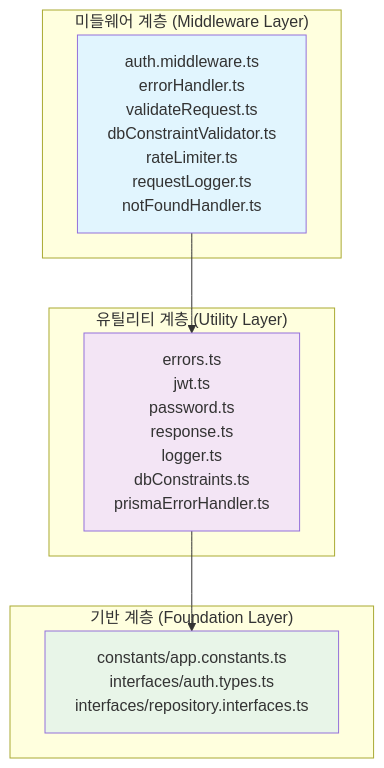
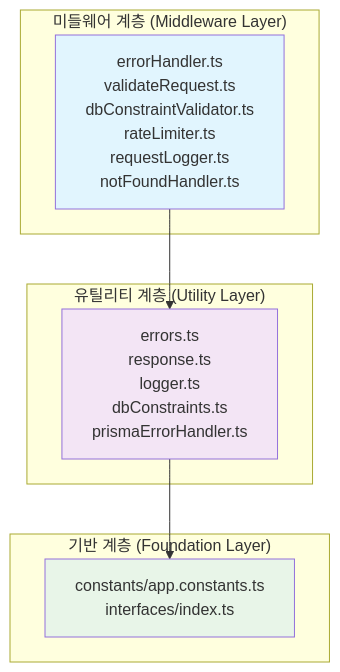
One commit to SeonWoooPark/ProjectManager_Mono changed the first of 5 diagrams in backend/src/shared/claude.md. Above: the diagram before and after it, drawn with Mermaid. The commit also changed 12 other files, not shown here.

````diff
--- a/backend/src/shared/claude.md
+++ b/backend/src/shared/claude.md
@@ -89,21 +86,21 @@
 ```mermaid
 graph TB
     subgraph "미들웨어 계층 (Middleware Layer)"
-        MW[auth.middleware.ts<br/>errorHandler.ts<br/>validateRequest.ts<br/>dbConstraintValidator.ts<br/>rateLimiter.ts<br/>requestLogger.ts<br/>notFoundHandler.ts]
+        MW[errorHandler.ts<br/>validateRequest.ts<br/>dbConstraintValidator.ts<br/>rateLimiter.ts<br/>requestLogger.ts<br/>notFoundHandler.ts]
     end
-    
+
     subgraph "유틸리티 계층 (Utility Layer)"
-        UT[errors.ts<br/>jwt.ts<br/>password.ts<br/>response.ts<br/>logger.ts<br/>dbConstraints.ts<br/>prismaErrorHandler.ts]
+        UT[errors.ts<br/>response.ts<br/>logger.ts<br/>dbConstraints.ts<br/>prismaErrorHandler.ts]
     end
-    
+
     subgraph "기반 계층 (Foundation Layer)"
-        FD[constants/app.constants.ts<br/>interfaces/auth.types.ts<br/>interfaces/repository.interfaces.ts]
+        FD[constants/app.constants.ts<br/>interfaces/index.ts]
     end
-    
+
     MW --> UT
     UT --> FD
-    
+
     style MW fill:#e1f5fe
     style UT fill:#f3e5f5
     style FD fill:#e8f5e8
 ```
````
